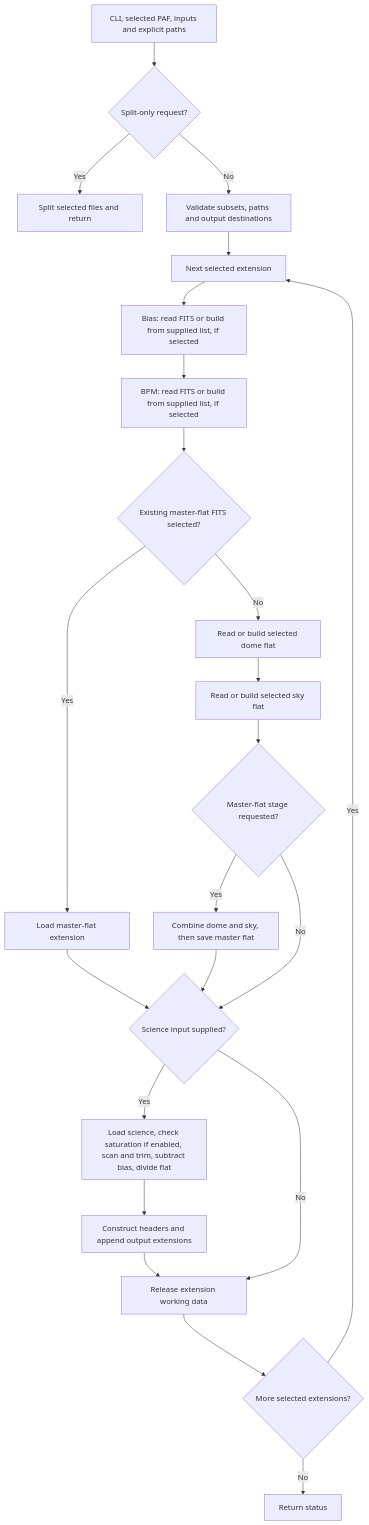
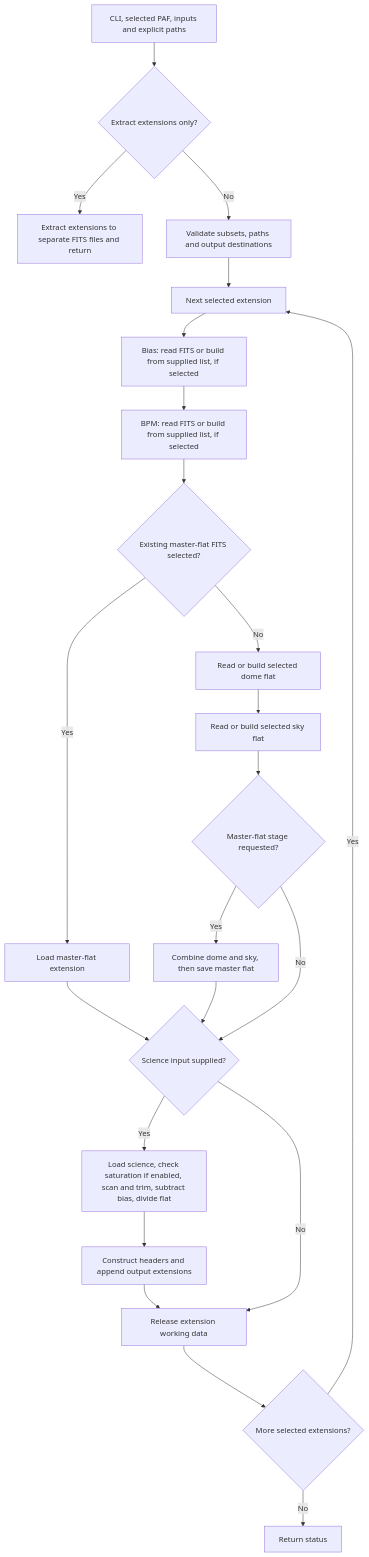
Before and after one commit to fselman/wenu-imaging: the second of 5 diagrams in docs/developer/mefpp-architecture-review-2026-11-01.md, drawn with Mermaid. The commit also changed other lines of this file and 5 other files, not shown here.

First line of the commit message:
docs: incorporate owner comments into mefpp architecture review v3

````diff
--- a/docs/developer/mefpp-architecture-review-2026-11-01.md
+++ b/docs/developer/mefpp-architecture-review-2026-11-01.md
@@ -99,26 +107,26 @@
 ```mermaid
 flowchart TD
-    A["CLI, selected PAF, inputs and explicit paths"] --> SP{"Split-only request?"}
-    SP -->|Yes| SPLIT["Split selected files and return"]
+    A["CLI, selected PAF, inputs and explicit paths"] --> SP{"Extract extensions only?"}
+    SP -->|Yes| SPLIT["Extract extensions to separate FITS files and return"]
     SP -->|No| V["Validate subsets, paths and output destinations"]
     V --> DET["Next selected extension"]
     DET --> B["Bias: read FITS or build from supplied list, if selected"]
     B --> P["BPM: read FITS or build from supplied list, if selected"]
     P --> MF{"Existing master-flat FITS selected?"}
     MF -->|Yes| LOAD["Load master-flat extension"]
     MF -->|No| D["Read or build selected dome flat"]
     D --> S["Read or build selected sky flat"]
     S --> COMB{"Master-flat stage requested?"}
     COMB -->|Yes| M["Combine dome and sky, then save master flat"]
     COMB -->|No| SCI
     LOAD --> SCI
     M --> SCI
     SCI{"Science input supplied?"}
     SCI -->|Yes| PP["Load science, check saturation if enabled, scan and trim, subtract bias, divide flat"]
     PP --> OUT["Construct headers and append output extensions"]
     SCI -->|No| CLEAN
     OUT --> CLEAN["Release extension working data"]
     CLEAN --> NEXT{"More selected extensions?"}
     NEXT -->|Yes| DET
     NEXT -->|No| END["Return status"]
 ```
````
